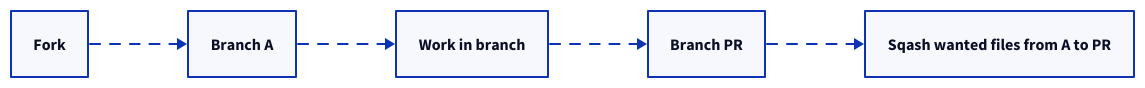
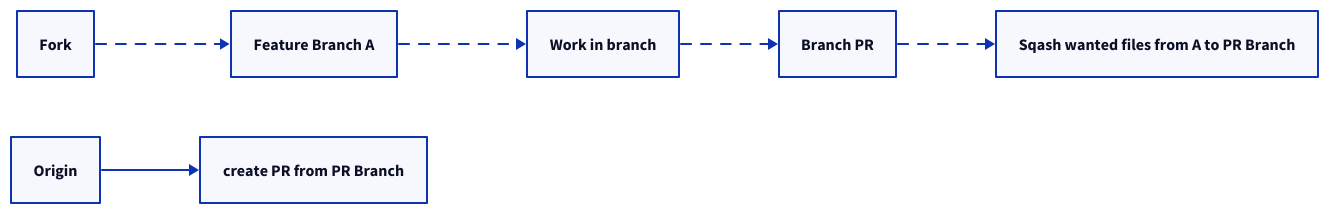
The diagram in src/content/note/2025-10-09.md (nmwael/nmwael.github.io), drawn with D2 before and after one commit. The commit also changed other lines of this file and 1 other file, not shown here.

Commit message:
more notes

````diff
--- a/src/content/note/2025-10-09.md
+++ b/src/content/note/2025-10-09.md
@@ -10,5 +11,7 @@
 ```d2 sketch pad=50
 direction: right
 
-Fork -> Branch A -> Work in branch -> Branch PR -> Sqash wanted files from A to PR: {style.animated: true}
+Fork -> Feature Branch A -> Work in branch -> Branch PR -> Sqash wanted files from A to PR Branch: {style.animated: true}
+
+Origin -> create PR from PR Branch
 ```
````
